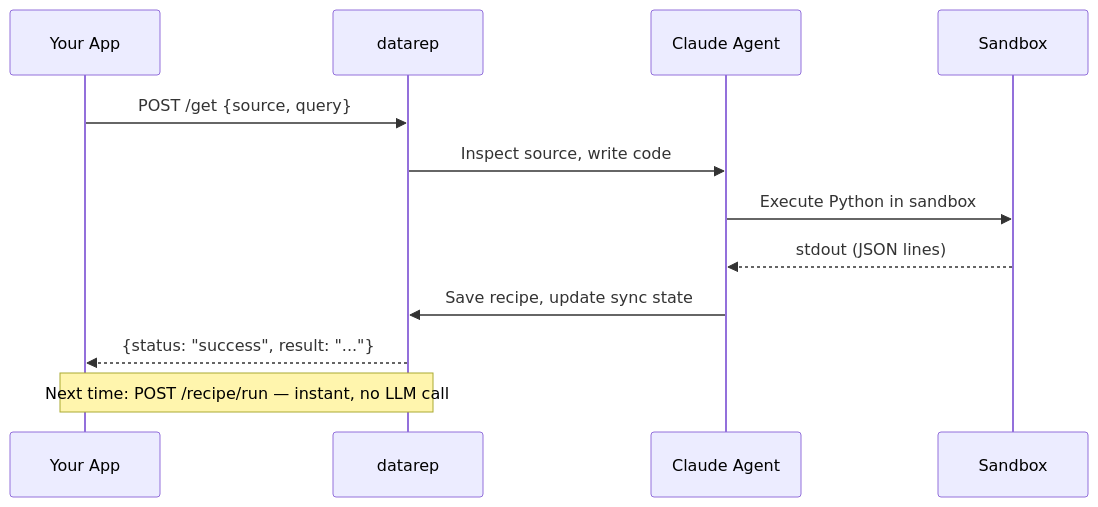
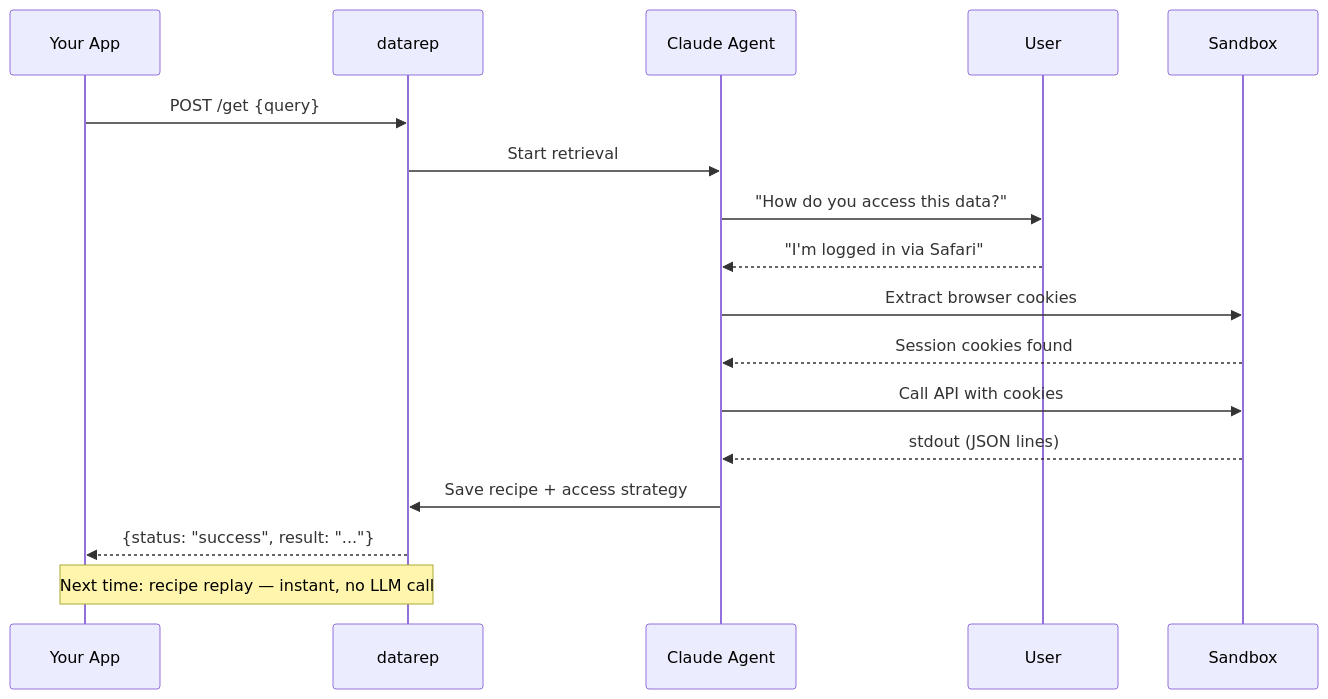
The diagram in docs/index.md (datarep-ai/datarep-docs), drawn with Mermaid before and after one commit. The commit also changed other lines of this file and 1 other file, not shown here.

First line of the commit message:
Update docs for conversational agent architecture

````diff
--- a/docs/index.md
+++ b/docs/index.md
@@ -71,16 +71,21 @@
 ```mermaid
 sequenceDiagram
     participant App as Your App
     participant DR as datarep
     participant Agent as Claude Agent
+    participant User as User
     participant Sandbox as Sandbox
 
-    App->>DR: POST /get {source, query}
-    DR->>Agent: Inspect source, write code
-    Agent->>Sandbox: Execute Python in sandbox
+    App->>DR: POST /get {query}
+    DR->>Agent: Start retrieval
+    Agent->>User: "How do you access this data?"
+    User-->>Agent: "I'm logged in via Safari"
+    Agent->>Sandbox: Extract browser cookies
+    Sandbox-->>Agent: Session cookies found
+    Agent->>Sandbox: Call API with cookies
     Sandbox-->>Agent: stdout (JSON lines)
-    Agent->>DR: Save recipe, update sync state
+    Agent->>DR: Save recipe + access strategy
     DR-->>App: {status: "success", result: "..."}
 
-    Note over App,DR: Next time: POST /recipe/run — instant, no LLM call
+    Note over App,DR: Next time: recipe replay — instant, no LLM call
 ```
````
